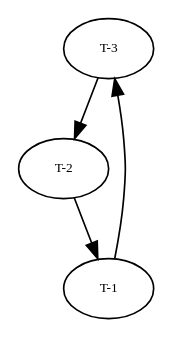
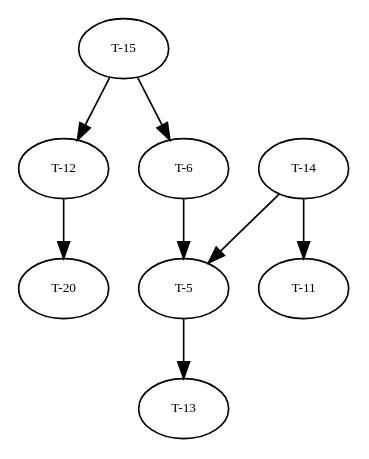
The diagram in graphs/dg.dot (amso100/livescript-declarations), drawn with Graphviz before and after one commit. The commit also changed 9 other files, not shown here.

```diff
--- a/graphs/dg.dot
+++ b/graphs/dg.dot
@@ -1,28 +1,69 @@
 digraph RGL__DirectedAdjacencyGraph {
-    "T-3" [
+    "T-12" [
         fontsize = 8,
-        label = "T-3"
+        label = "T-12"
     ]
 
-    "T-2" [
+    "T-20" [
         fontsize = 8,
-        label = "T-2"
+        label = "T-20"
     ]
 
-    "T-1" [
+    "T-15" [
         fontsize = 8,
-        label = "T-1"
+        label = "T-15"
     ]
 
-    "T-3" -> "T-2" [
+    "T-14" [
+        fontsize = 8,
+        label = "T-14"
+    ]
+
+    "T-11" [
+        fontsize = 8,
+        label = "T-11"
+    ]
+
+    "T-5" [
+        fontsize = 8,
+        label = "T-5"
+    ]
+
+    "T-13" [
+        fontsize = 8,
+        label = "T-13"
+    ]
+
+    "T-6" [
+        fontsize = 8,
+        label = "T-6"
+    ]
+
+    "T-12" -> "T-20" [
         fontsize = 8
     ]
 
-    "T-2" -> "T-1" [
+    "T-15" -> "T-12" [
         fontsize = 8
     ]
 
-    "T-1" -> "T-3" [
+    "T-15" -> "T-6" [
+        fontsize = 8
+    ]
+
+    "T-14" -> "T-11" [
+        fontsize = 8
+    ]
+
+    "T-14" -> "T-5" [
+        fontsize = 8
+    ]
+
+    "T-5" -> "T-13" [
+        fontsize = 8
+    ]
+
+    "T-6" -> "T-5" [
         fontsize = 8
     ]
 }
```
